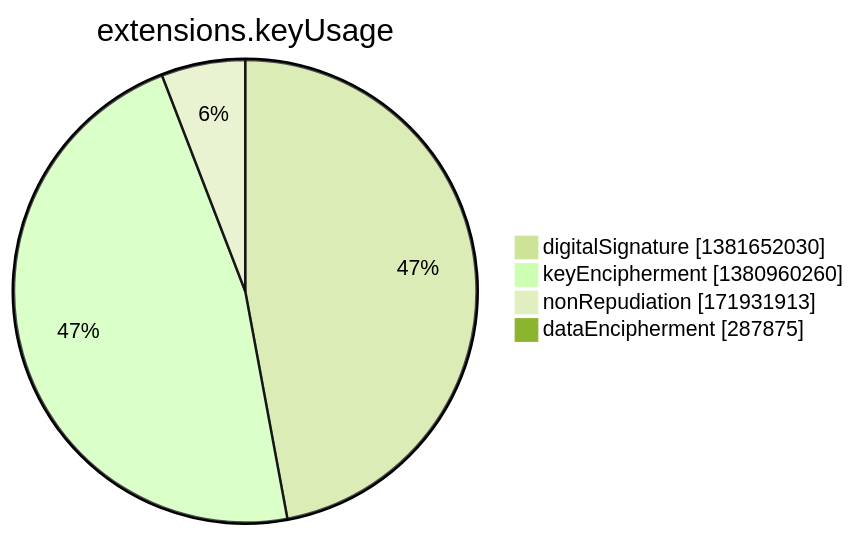
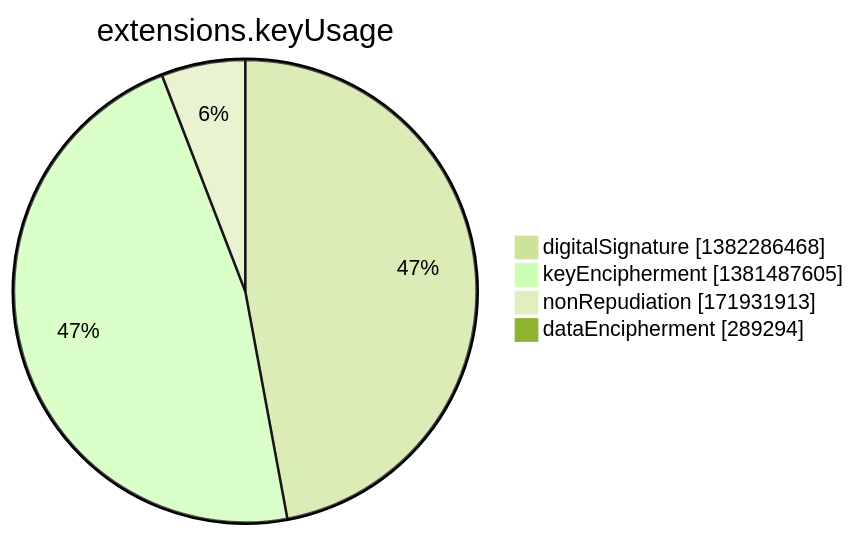
Before and after one commit to christiankrug/ctmonitor_visualization: the seventh of 15 diagrams in argon2022/README.md, drawn with Mermaid (forest theme). The commit also changed other lines of this file, not shown here.

````diff
--- a/argon2022/README.md
+++ b/argon2022/README.md
@@ -2751,8 +2751,8 @@
 ```mermaid
 pie showData
 title extensions.keyUsage
-"digitalSignature" :1381652030
-"keyEncipherment" :1380960260
+"digitalSignature" :1382286468
+"keyEncipherment" :1381487605
 "nonRepudiation" :171931913
-"dataEncipherment" :287875
+"dataEncipherment" :289294
 ```
````
